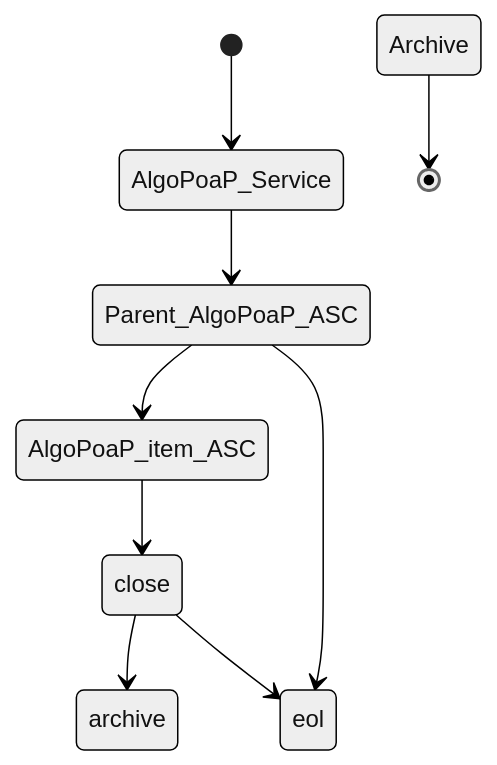
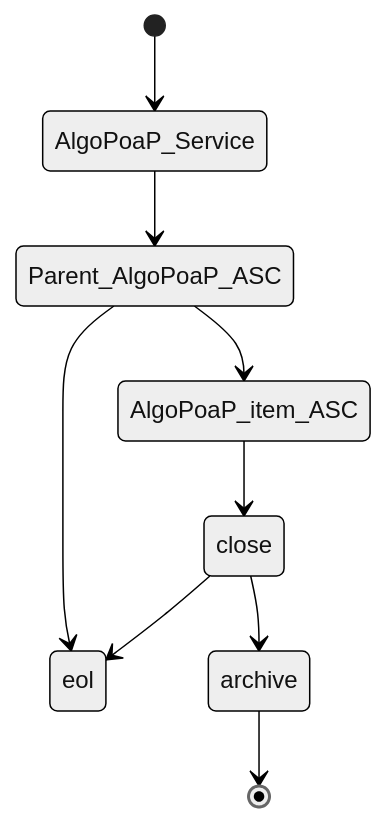
One commit to GoPlausible/.github changed the fifth of 10 diagrams in profile/README.md. Above: the diagram before and after it, drawn with Mermaid (neutral theme).

````diff
--- a/profile/README.md
+++ b/profile/README.md
@@ -178,11 +178,11 @@
 ```mermaid
   stateDiagram-v2
     [*] --> AlgoPoaP_Service
     AlgoPoaP_Service --> Parent_AlgoPoaP_ASC
     Parent_AlgoPoaP_ASC --> AlgoPoaP_item_ASC
     AlgoPoaP_item_ASC --> close
     Parent_AlgoPoaP_ASC --> eol
     close --> archive
     close --> eol
-    Archive --> [*]
+    archive --> [*]
 ```
````
